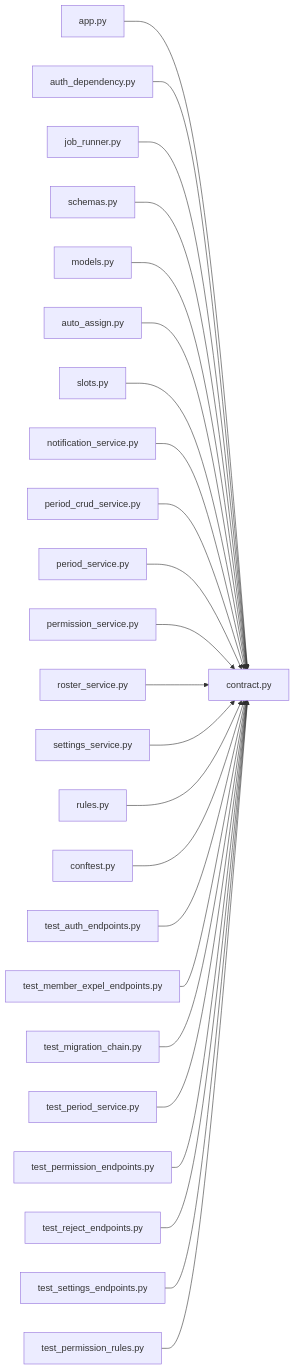
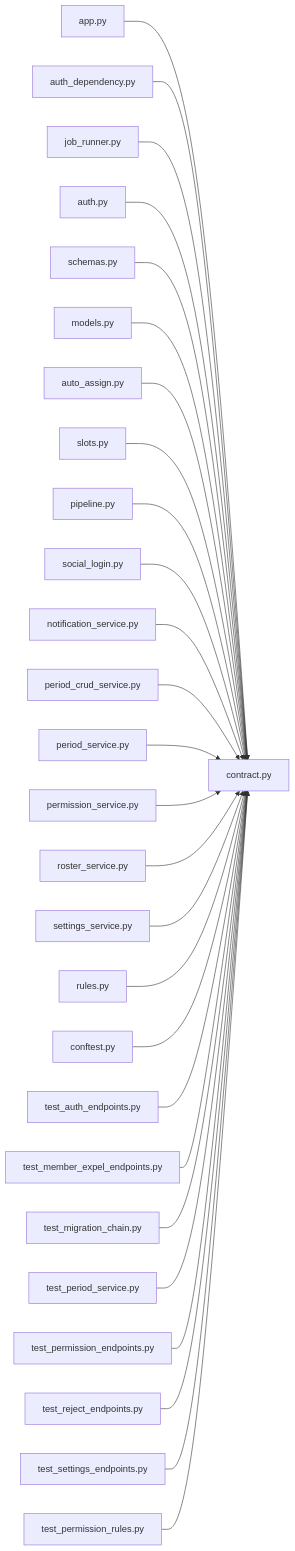
The diagram in .cluedoc/graph/backend/src/backend/contract.md (minkong-dev/Banblit), drawn with Mermaid before and after one commit. The commit also changed other lines of this file and 29 other files, not shown here.

````diff
--- a/.cluedoc/graph/backend/src/backend/contract.md
+++ b/.cluedoc/graph/backend/src/backend/contract.md
@@ -10,27 +10,30 @@
 ```mermaid
 flowchart LR
   backend_src_backend_contract["contract.py"]
   backend_src_backend_api_app["app.py"] --> backend_src_backend_contract
   backend_src_backend_api_auth_dependency["auth_dependency.py"] --> backend_src_backend_contract
   backend_src_backend_api_job_runner["job_runner.py"] --> backend_src_backend_contract
+  backend_src_backend_api_routers_auth["auth.py"] --> backend_src_backend_contract
   backend_src_backend_api_schemas["schemas.py"] --> backend_src_backend_contract
   backend_src_backend_db_models["models.py"] --> backend_src_backend_contract
   backend_src_backend_jobs_auto_assign["auto_assign.py"] --> backend_src_backend_contract
   backend_src_backend_scheduling_slots["slots.py"] --> backend_src_backend_contract
+  backend_src_backend_services_auth_pipeline["pipeline.py"] --> backend_src_backend_contract
+  backend_src_backend_services_auth_social_login["social_login.py"] --> backend_src_backend_contract
   backend_src_backend_services_notification_notification_service["notification_service.py"] --> backend_src_backend_contract
   backend_src_backend_services_period_period_crud_service["period_crud_service.py"] --> backend_src_backend_contract
   backend_src_backend_services_period_period_service["period_service.py"] --> backend_src_backend_contract
   backend_src_backend_services_permission_permission_service["permission_service.py"] --> backend_src_backend_contract
   backend_src_backend_services_roster_roster_service["roster_service.py"] --> backend_src_backend_contract
   backend_src_backend_services_settings_settings_service["settings_service.py"] --> backend_src_backend_contract
   backend_src_backend_services_validation_rules["rules.py"] --> backend_src_backend_contract
   backend_tests_conftest["conftest.py"] --> backend_src_backend_contract
   backend_tests_integration_db_test_auth_endpoints["test_auth_endpoints.py"] --> backend_src_backend_contract
   backend_tests_integration_db_test_member_expel_endpoints["test_member_expel_endpoints.py"] --> backend_src_backend_contract
   backend_tests_integration_db_test_migration_chain["test_migration_chain.py"] --> backend_src_backend_contract
   backend_tests_integration_db_test_period_service["test_period_service.py"] --> backend_src_backend_contract
   backend_tests_integration_db_test_permission_endpoints["test_permission_endpoints.py"] --> backend_src_backend_contract
   backend_tests_integration_db_test_reject_endpoints["test_reject_endpoints.py"] --> backend_src_backend_contract
   backend_tests_integration_db_test_settings_endpoints["test_settings_endpoints.py"] --> backend_src_backend_contract
   backend_tests_unit_test_permission_rules["test_permission_rules.py"] --> backend_src_backend_contract
 ```
````
